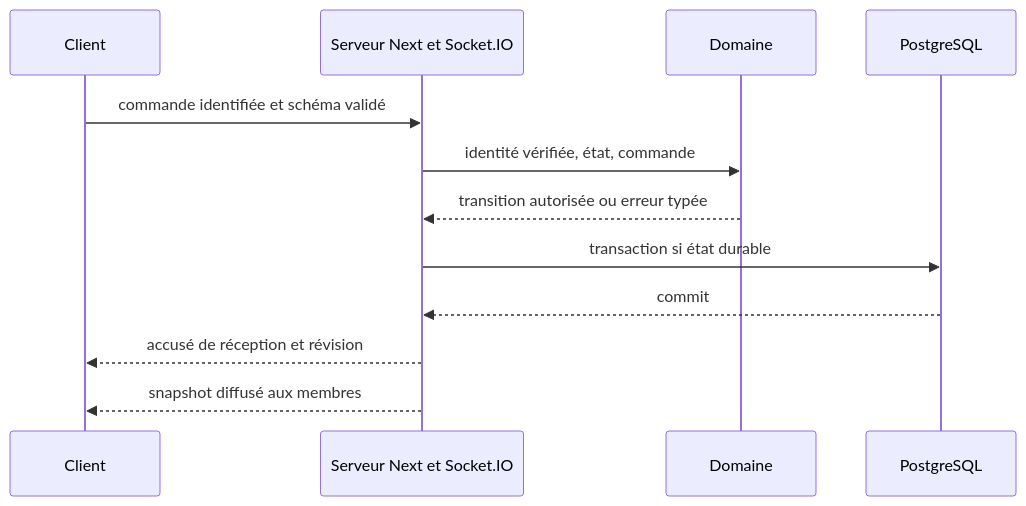
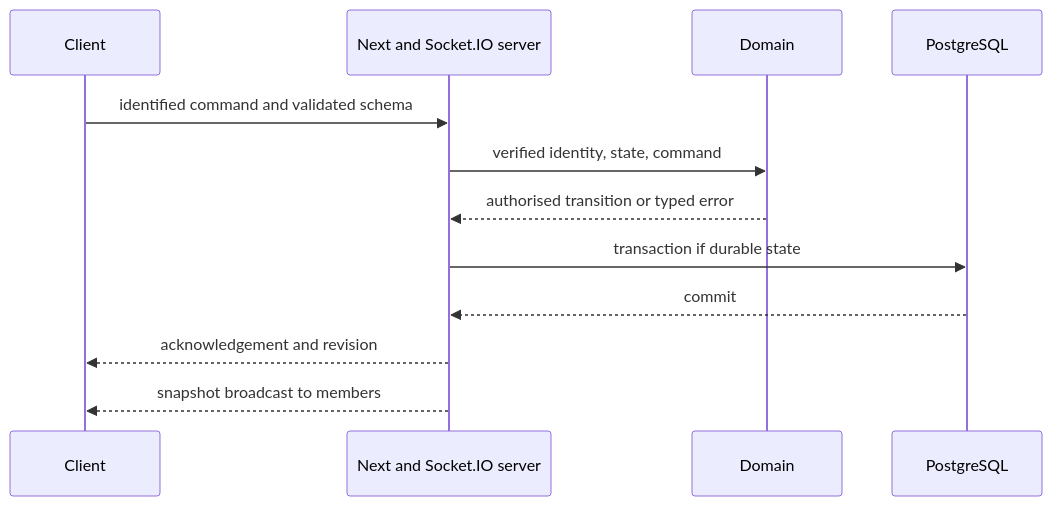
Before and after one commit to PhilJordan18/incision: the fourth of 4 diagrams in docs/ARCHITECTURE.md, drawn with Mermaid. The commit also changed other lines of this file and 7 other files, not shown here.

First line of the commit message:
docs(architecture): translate architecture documents and ADR to English

````diff
--- a/docs/ARCHITECTURE.md
+++ b/docs/ARCHITECTURE.md
@@ -114,14 +114,14 @@
 ```mermaid
 sequenceDiagram
   participant C as Client
-  participant S as Serveur Next et Socket.IO
-  participant D as Domaine
+  participant S as Next and Socket.IO server
+  participant D as Domain
   participant P as PostgreSQL
-  C->>S: commande identifiée et schéma validé
-  S->>D: identité vérifiée, état, commande
-  D-->>S: transition autorisée ou erreur typée
-  S->>P: transaction si état durable
+  C->>S: identified command and validated schema
+  S->>D: verified identity, state, command
+  D-->>S: authorised transition or typed error
+  S->>P: transaction if durable state
   P-->>S: commit
-  S-->>C: accusé de réception et révision
-  S-->>C: snapshot diffusé aux membres
+  S-->>C: acknowledgement and revision
+  S-->>C: snapshot broadcast to members
 ```
````
